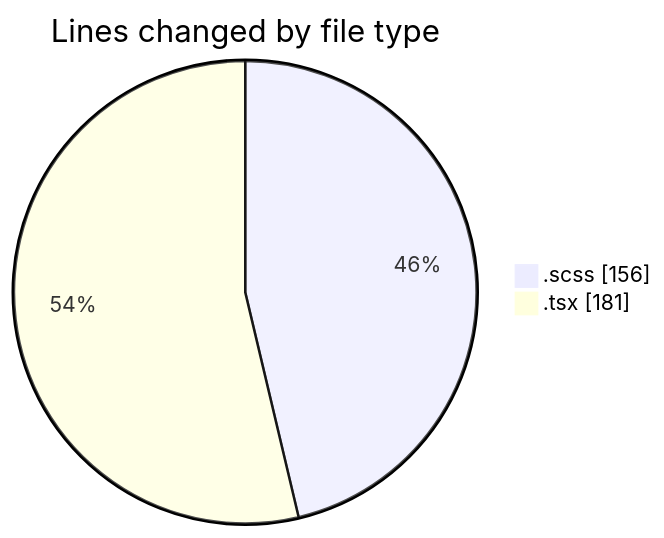
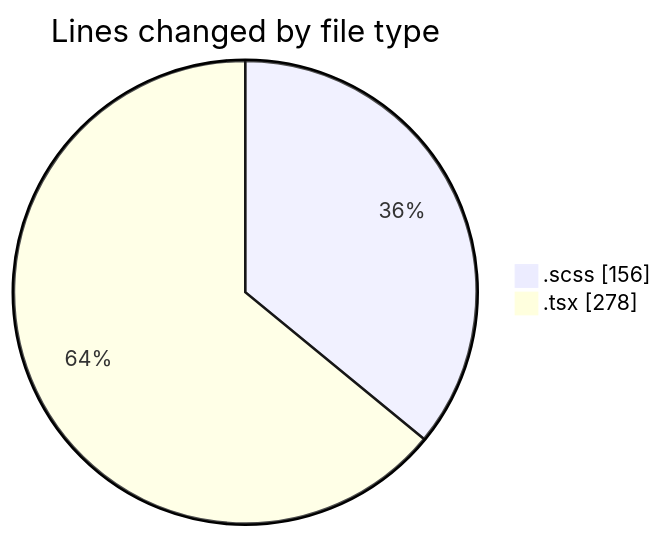
Before and after one commit to momahboobian/code-tracking: the first of 2 diagrams in 2025-03-04/cda/README.md, drawn with Mermaid. The commit also changed other lines of this file and 1 other file, not shown here.

````diff
--- a/2025-03-04/cda/README.md
+++ b/2025-03-04/cda/README.md
@@ -23,6 +24,6 @@
 ```mermaid
 pie showData
 title Lines changed by file type
 ".scss" : 156
-".tsx" : 181
+".tsx" : 278
 ```
````
